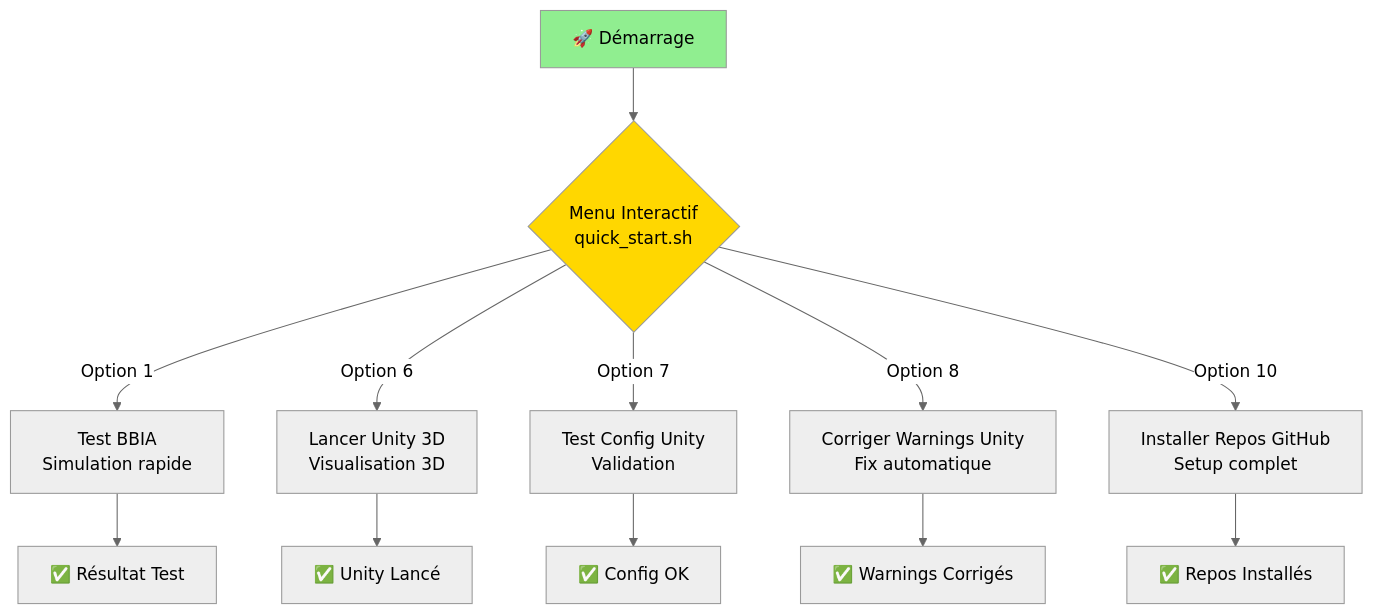
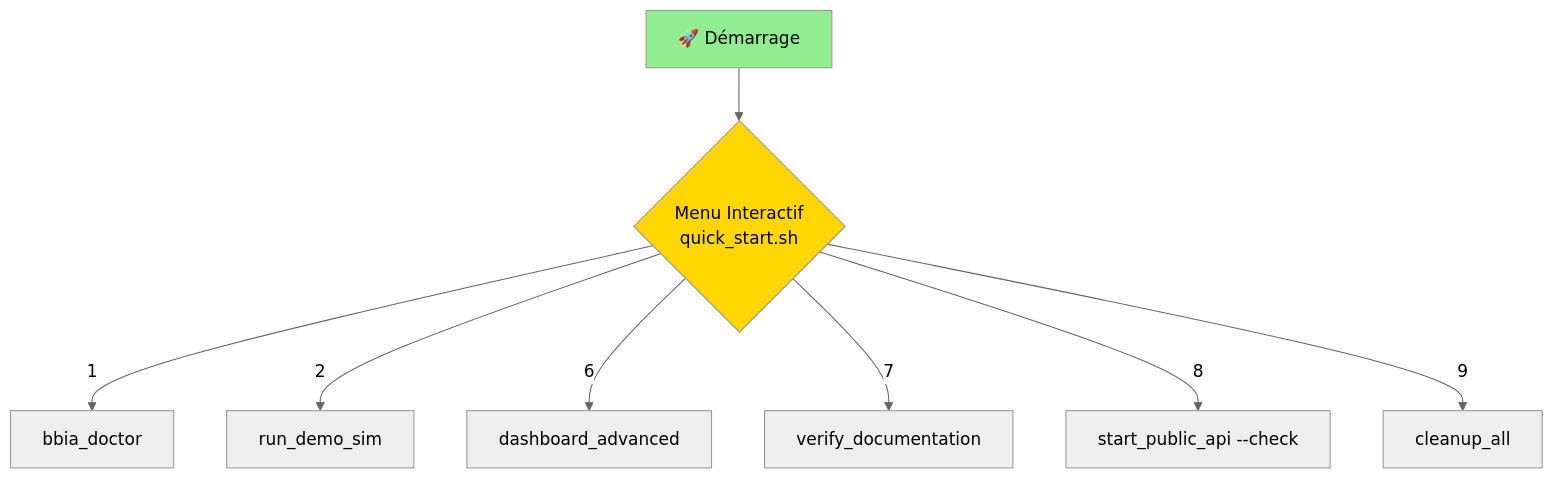
The second of 2 diagrams in scripts/README.md (arkalia-luna-system/bbia-sim), drawn with Mermaid (neutral theme) before and after one commit. The commit also changed other lines of this file and 7 other files, not shown here.

````diff
--- a/scripts/README.md
+++ b/scripts/README.md
@@ -136,19 +134,14 @@
 ```mermaid
 flowchart TD
     START[🚀 Démarrage] --> MENU{Menu Interactif<br/>quick_start.sh}
     
-    MENU -->|Option 1| TEST[Test BBIA<br/>Simulation rapide]
-    MENU -->|Option 6| UNITY[Lancer Unity 3D<br/>Visualisation 3D]
-    MENU -->|Option 7| CHECK[Test Config Unity<br/>Validation]
-    MENU -->|Option 8| FIX[Corriger Warnings Unity<br/>Fix automatique]
-    MENU -->|Option 10| INSTALL[Installer Repos GitHub<br/>Setup complet]
-    
-    TEST --> RESULT1[✅ Résultat Test]
-    UNITY --> RESULT2[✅ Unity Lancé]
-    CHECK --> RESULT3[✅ Config OK]
-    FIX --> RESULT4[✅ Warnings Corrigés]
-    INSTALL --> RESULT5[✅ Repos Installés]
+    MENU -->|1| DOCTOR[bbia_doctor]
+    MENU -->|2| DEMO[run_demo_sim]
+    MENU -->|6| DASH[dashboard_advanced]
+    MENU -->|7| DOCS[verify_documentation]
+    MENU -->|8| API[start_public_api --check]
+    MENU -->|9| CLEAN[cleanup_all]
     
     style MENU fill:#FFD700
     style START fill:#90EE90
 ```
````
